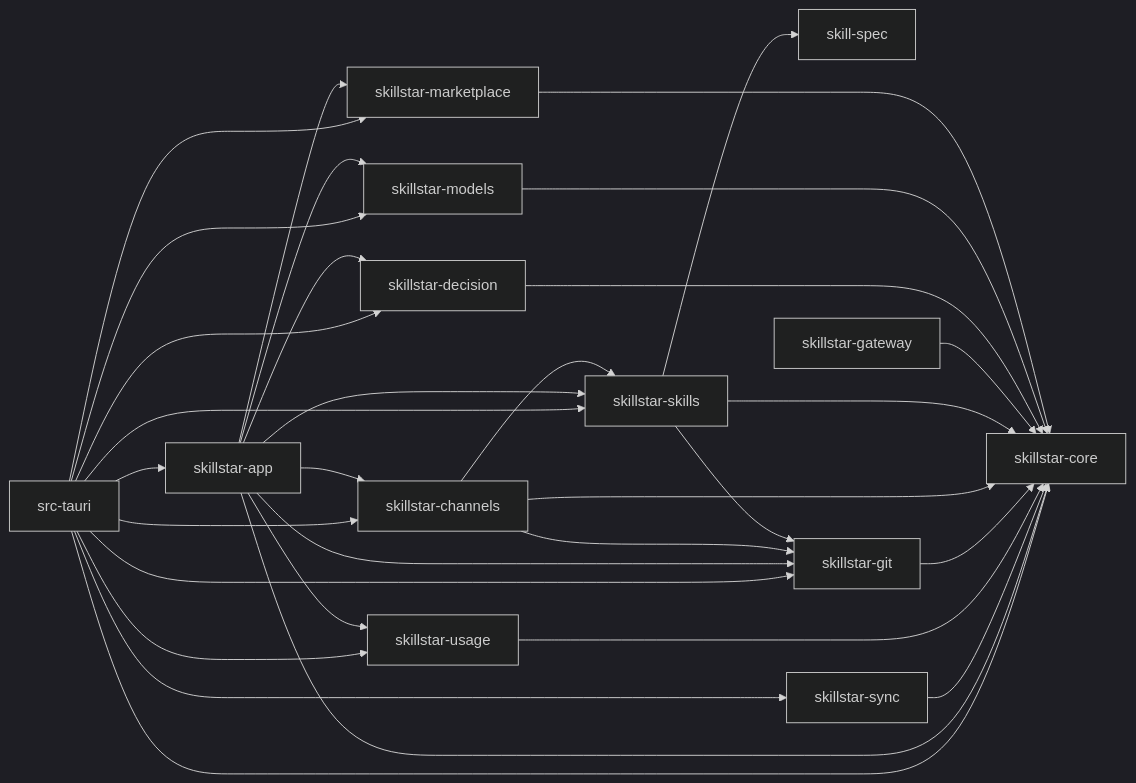
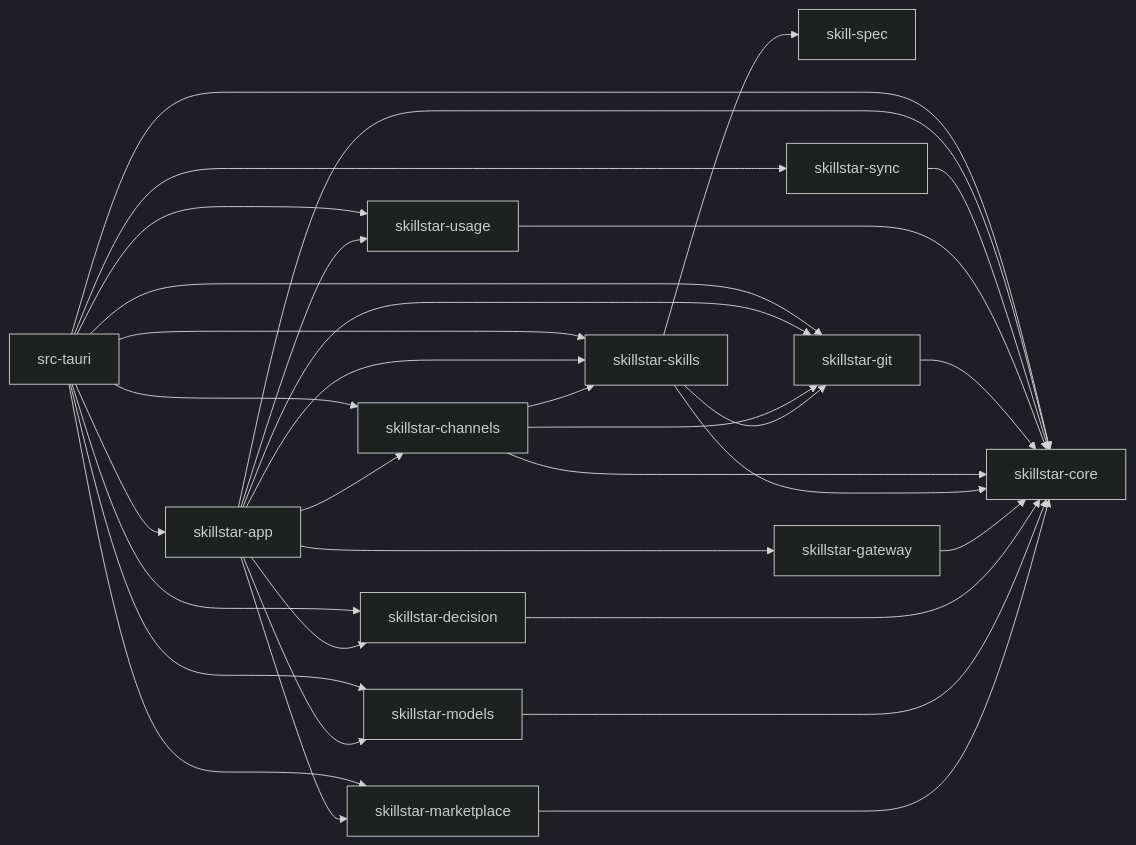
One commit to xxww0098/SkillStar changed the diagram in docs/boundaries.md. Above: the diagram before and after it, drawn with Mermaid (dark theme). The commit also changed other lines of this file and 17 other files, not shown here.

````diff
--- a/docs/boundaries.md
+++ b/docs/boundaries.md
@@ -70,48 +70,49 @@
 ```mermaid
 flowchart LR
   spec["skill-spec"]
   core["skillstar-core"]
   git["skillstar-git"]
   skills["skillstar-skills"]
   channels["skillstar-channels"]
   market["skillstar-marketplace"]
   models["skillstar-models"]
   decision["skillstar-decision"]
   gateway["skillstar-gateway"]
   usage["skillstar-usage"]
   sync["skillstar-sync"]
   app["skillstar-app"]
   tauri["src-tauri"]
 
   market --> core
   models --> core
   decision --> core
   gateway --> core
   skills --> spec
   skills --> core
   skills --> git
   channels --> core
   channels --> git
   channels --> skills
   git --> core
   usage --> core
   sync --> core
   app --> core
   app --> skills
   app --> git
   app --> channels
   app --> market
   app --> models
   app --> decision
   app --> usage
+  app --> gateway
   tauri --> app
   tauri --> core
   tauri --> skills
   tauri --> git
   tauri --> channels
   tauri --> market
   tauri --> models
   tauri --> decision
   tauri --> usage
   tauri --> sync
 ```
````
